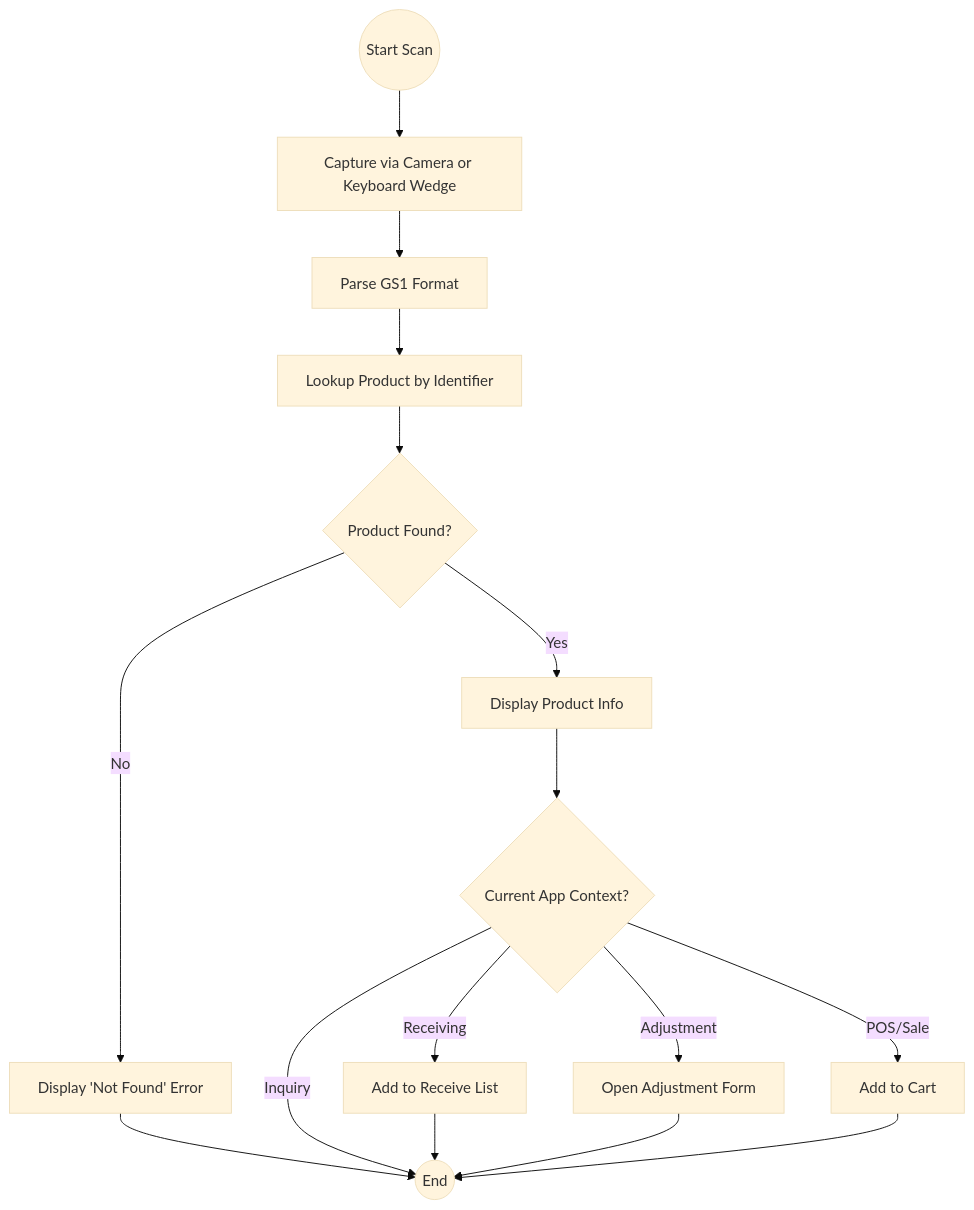
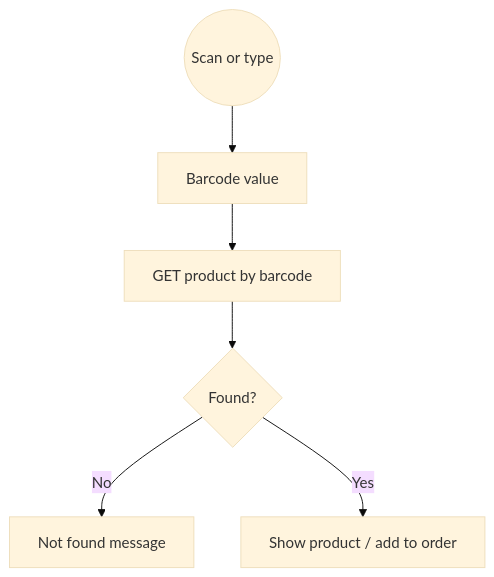
One commit to kirtika-0102/StockSmart changed the ninth of 11 diagrams in docs/application-flow.md. Above: the diagram before and after it, drawn with Mermaid (base theme). The commit also changed other lines of this file and 74 other files, not shown here.

Commit message:
architecture of application

````diff
--- a/docs/application-flow.md
+++ b/docs/application-flow.md
@@ -223,18 +108,8 @@
 ```mermaid
 flowchart TD
-    Start((Start Scan)) --> Capture[Capture via Camera or Keyboard Wedge]
-    Capture --> ParseGS1[Parse GS1 Format]
-    ParseGS1 --> Lookup[Lookup Product by Identifier]
-    Lookup --> Found{Product Found?}
-    Found -- No --> ShowErr[Display 'Not Found' Error]
-    ShowErr --> End((End))
-    Found -- Yes --> DisplayInfo[Display Product Info]
-    DisplayInfo --> Context{Current App Context?}
-    Context -- Receiving --> AddToReceive[Add to Receive List]
-    Context -- Adjustment --> OpenAdj[Open Adjustment Form]
-    Context -- POS/Sale --> AddToCart[Add to Cart]
-    Context -- Inquiry --> End
-    AddToReceive --> End
-    OpenAdj --> End
-    AddToCart --> End
+    Start((Scan or type)) --> Input[Barcode value]
+    Input --> API[GET product by barcode]
+    API --> Found{Found?}
+    Found -->|No| NF[Not found message]
+    Found -->|Yes| Show[Show product / add to order]
 ```
````
